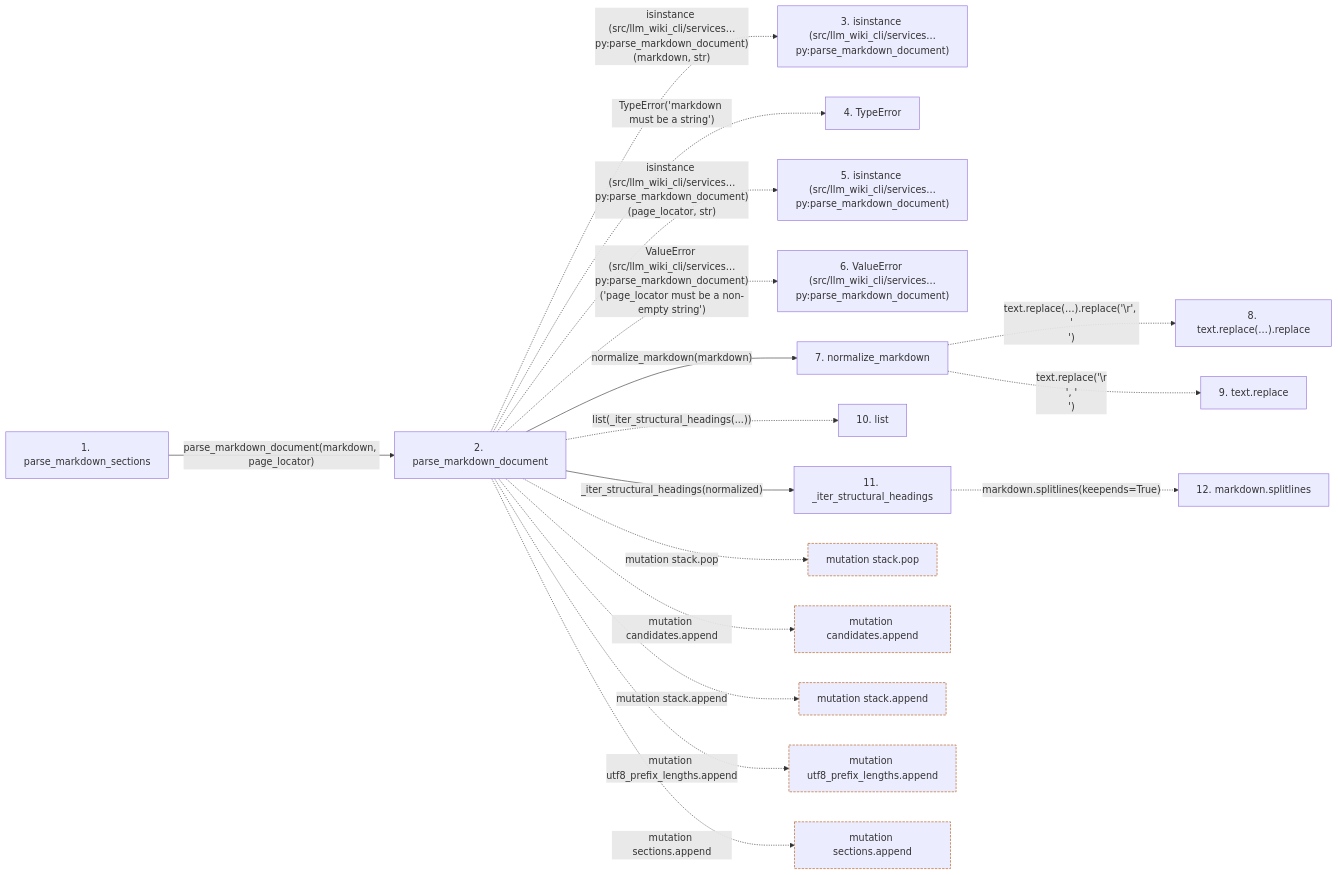
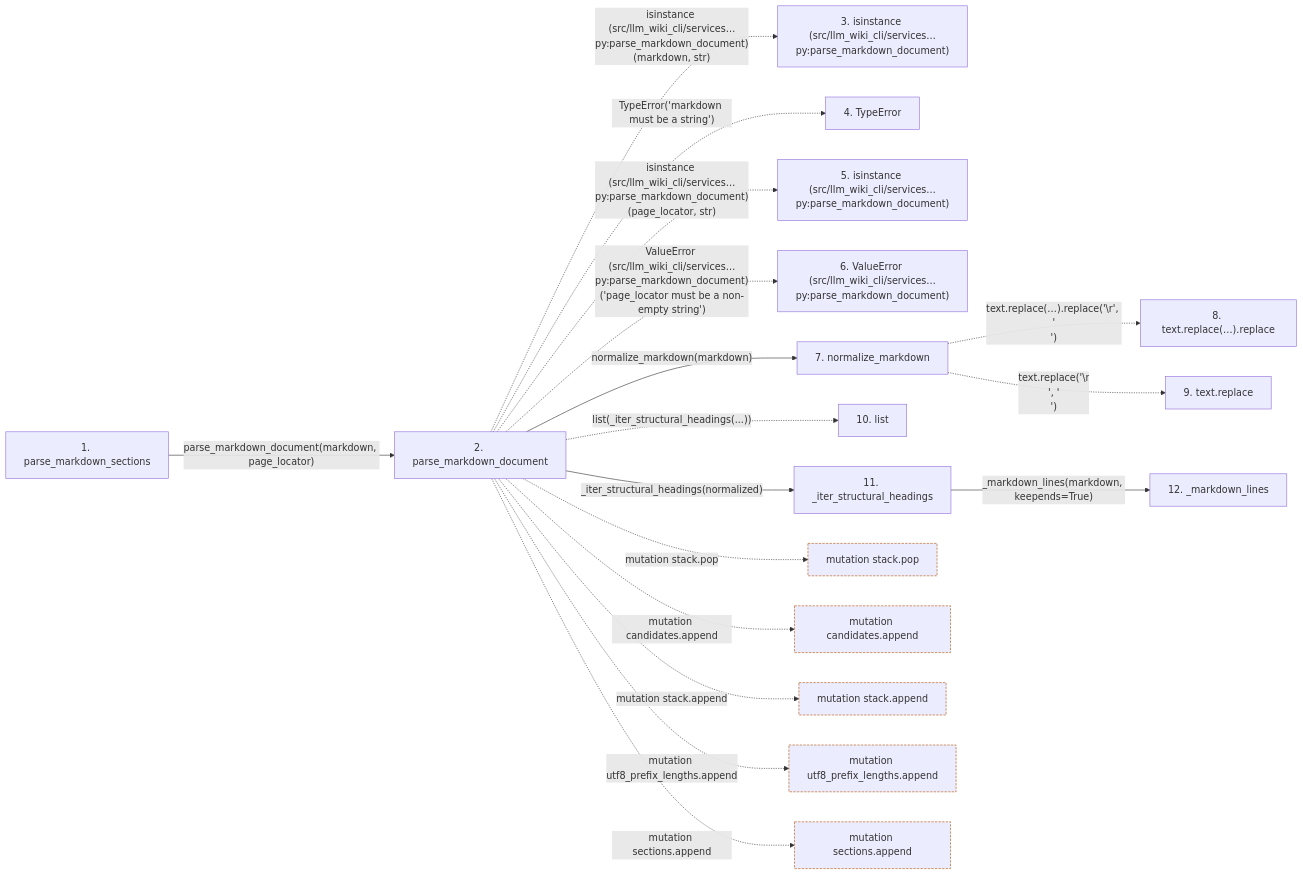
Before and after one commit to Denissvgn/python-wiki-llm: the second of 2 diagrams in docs/llm_wiki/flows/api-parse_markdown_sections.md, drawn with Mermaid. The commit also changed other lines of this file and 292 other files, not shown here.

````diff
--- a/docs/llm_wiki/flows/api-parse_markdown_sections.md
+++ b/docs/llm_wiki/flows/api-parse_markdown_sections.md
@@ -96,46 +96,47 @@
 ```mermaid
 flowchart LR
     s1["1. parse_markdown_sections"]
     s2["2. parse_markdown_document"]
     s3["3. isinstance (src/llm_wiki_cli/services…py:parse_markdown_document)"]
     s4["4. TypeError"]
     s5["5. isinstance (src/llm_wiki_cli/services…py:parse_markdown_document)"]
     s6["6. ValueError (src/llm_wiki_cli/services…py:parse_markdown_document)"]
     s7["7. normalize_markdown"]
     s8["8. text.replace(…).replace"]
     s9["9. text.replace"]
     s10["10. list"]
     s11["11. _iter_structural_headings"]
-    s12["12. markdown.splitlines"]
+    s12["12. _markdown_lines"]
     s1 -->|"parse_markdown_document(markdown, page_locator)"| s2
     s2 -. "isinstance (src/llm_wiki_cli/services…py:parse_markdown_document)(markdown, str)" .-> s3
     s2 -. "TypeError('markdown must be a string')" .-> s4
     s2 -. "isinstance (src/llm_wiki_cli/services…py:parse_markdown_document)(page_locator, str)" .-> s5
     s2 -. "ValueError (src/llm_wiki_cli/services…py:parse_markdown_document)('page_locator must be a non-empty string')" .-> s6
     s2 -->|"normalize_markdown(markdown)"| s7
     s7 -. "text.replace(…).replace('\r', '\n')" .-> s8
     s7 -. "text.replace('\r\n', '\n')" .-> s9
     s2 -. "list(_iter_structural_headings(...))" .-> s10
     s2 -->|"_iter_structural_headings(normalized)"| s11
-    s11 -. "markdown.splitlines(keepends=True)" .-> s12
+    s11 -->|"_markdown_lines(markdown, keepends=True)"| s12
     b0["mutation stack.pop"]
     s2 -. "mutation stack.pop" .-> b0
     b1["mutation candidates.append"]
     s2 -. "mutation candidates.append" .-> b1
     b2["mutation stack.append"]
     s2 -. "mutation stack.append" .-> b2
     b3["mutation utf8_prefix_lengths.append"]
     s2 -. "mutation utf8_prefix_lengths.append" .-> b3
     b4["mutation sections.append"]
     s2 -. "mutation sections.append" .-> b4
     click s1 "../modules/markdown_sections.md"
     click s2 "../modules/markdown_sections.md"
     click s7 "../modules/markdown_sections.md"
     click s11 "../modules/markdown_sections.md"
+    click s12 "../modules/markdown_sections.md"
     classDef boundary stroke:#b45309,stroke-dasharray: 4 2
     class b0 boundary
     class b1 boundary
     class b2 boundary
     class b3 boundary
     class b4 boundary
 ```
````
